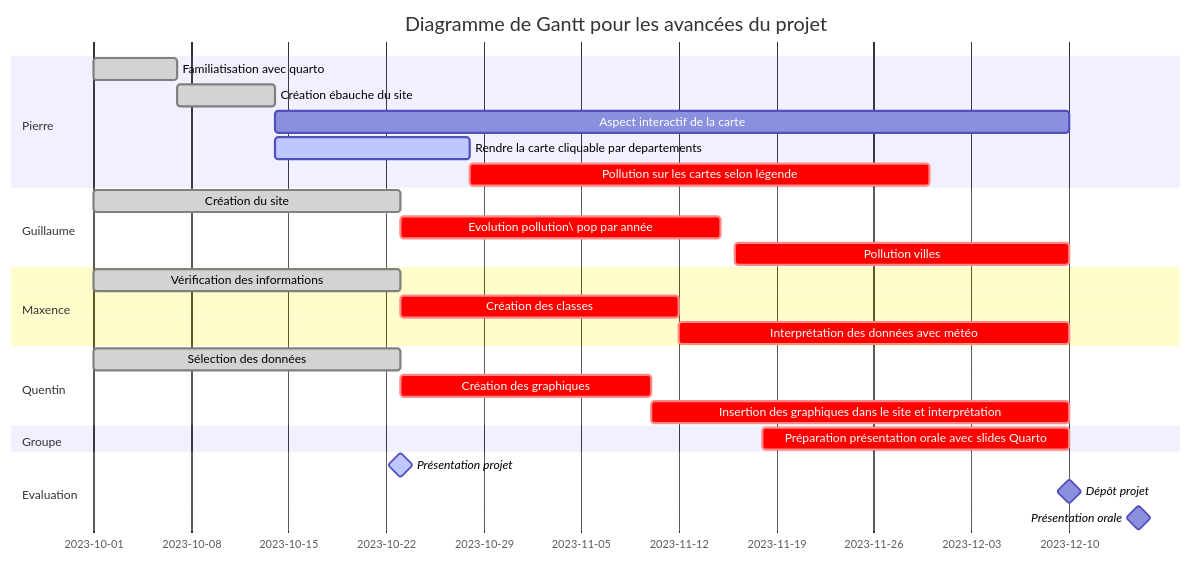
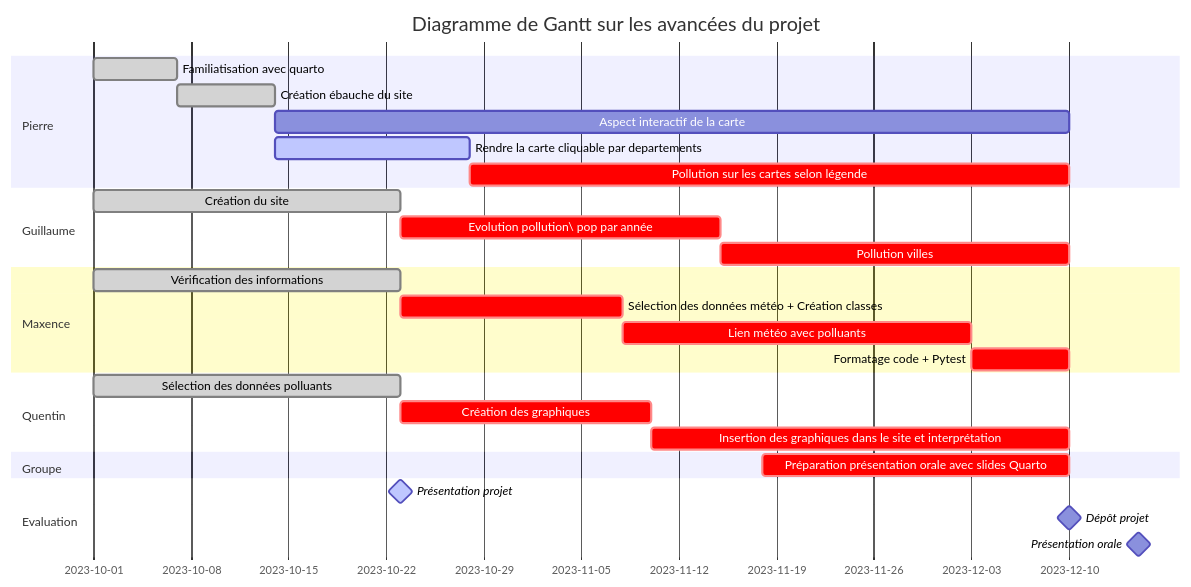
One commit to guibouland/GroupProject changed the diagram in roadmap/README.qmd. Above: the diagram before and after it, drawn with Mermaid. The commit also changed other lines of this file and 1 other file, not shown here.

````diff
--- a/roadmap/README.qmd
+++ b/roadmap/README.qmd
@@ -29,36 +29,37 @@
 ```{mermaid}
     gantt
         dateFormat YYYY-MM-DD
-        title Diagramme de Gantt pour les avancées du projet
+        title Diagramme de Gantt sur les avancées du projet
         
         section Pierre
             Familiatisation avec quarto  : done,     2023-10-01, 2023-10-07
             Création ébauche du site : done,   2023-10-07, 2023-10-14
             Aspect interactif de la carte : ,         2023-10-14, 2023-12-10
             Rendre la carte cliquable par departements : active,  2023-10-14, 2023-10-28
-            Pollution sur les cartes selon légende : crit, 2023-10-28, 2023-11-30
+            Pollution sur les cartes selon légende : crit, 2023-10-28, 2023-12-10
             
         section Guillaume
             Création du site  : done,     2023-10-01, 2023-10-23
             Evolution pollution\ pop par année: crit,    2023-10-23, 2023-11-15
-            Pollution villes: crit,  2023-11-16, 2023-12-10
+            Pollution villes: crit,  2023-11-15, 2023-12-10
             
         section Maxence
             Vérification des informations : done,     2023-10-01, 2023-10-23
-            Création des classes : crit,         2023-10-23, 2023-11-12
-            Interprétation des données avec météo : crit, 2023-11-12, 2023-12-10
+            Sélection des données météo + Création classes : crit,         2023-10-23, 2023-11-08
+            Lien météo avec polluants : crit, 2023-11-08, 2023-12-03
+            Formatage code + Pytest : crit, 2023-12-03, 2023-12-10
             
         section Quentin
-            Sélection des données : done,     2023-10-01, 2023-10-23
+            Sélection des données polluants : done,     2023-10-01, 2023-10-23
             Création des graphiques : crit,         2023-10-23, 2023-11-10
             Insertion des graphiques dans le site et interprétation : crit,         2023-11-10, 2023-12-10
             
         section Groupe
             Préparation présentation orale avec slides Quarto : crit, 2023-11-18, 2023-12-10
         
         section Evaluation
             Présentation projet : active, milestone,     2023-10-23, 2023-10-23
             Dépôt projet : milestone,     2023-12-10, 2023-12-10
             Présentation orale : milestone,     2023-12-15, 2023-12-15
 
 ```
````
